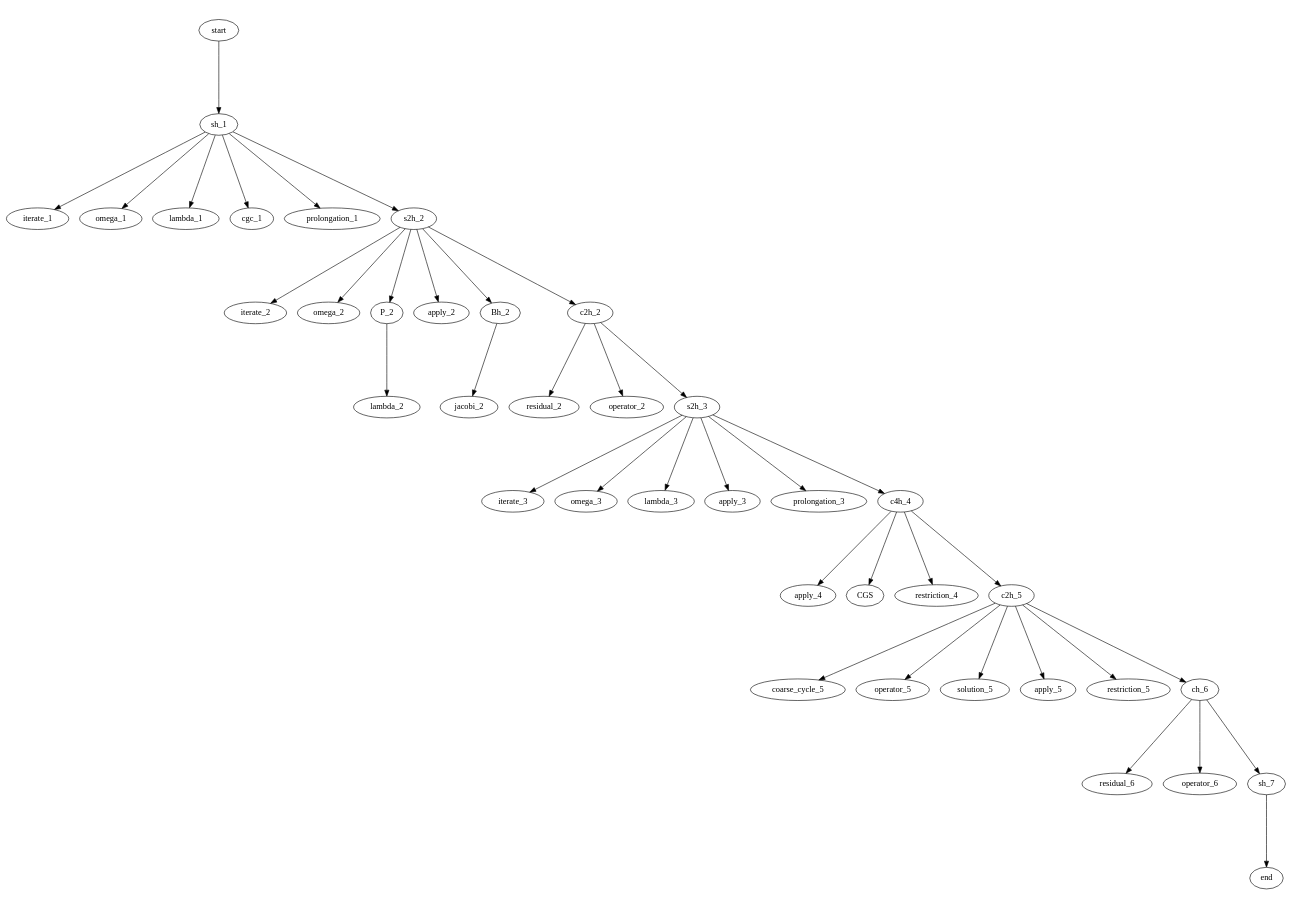
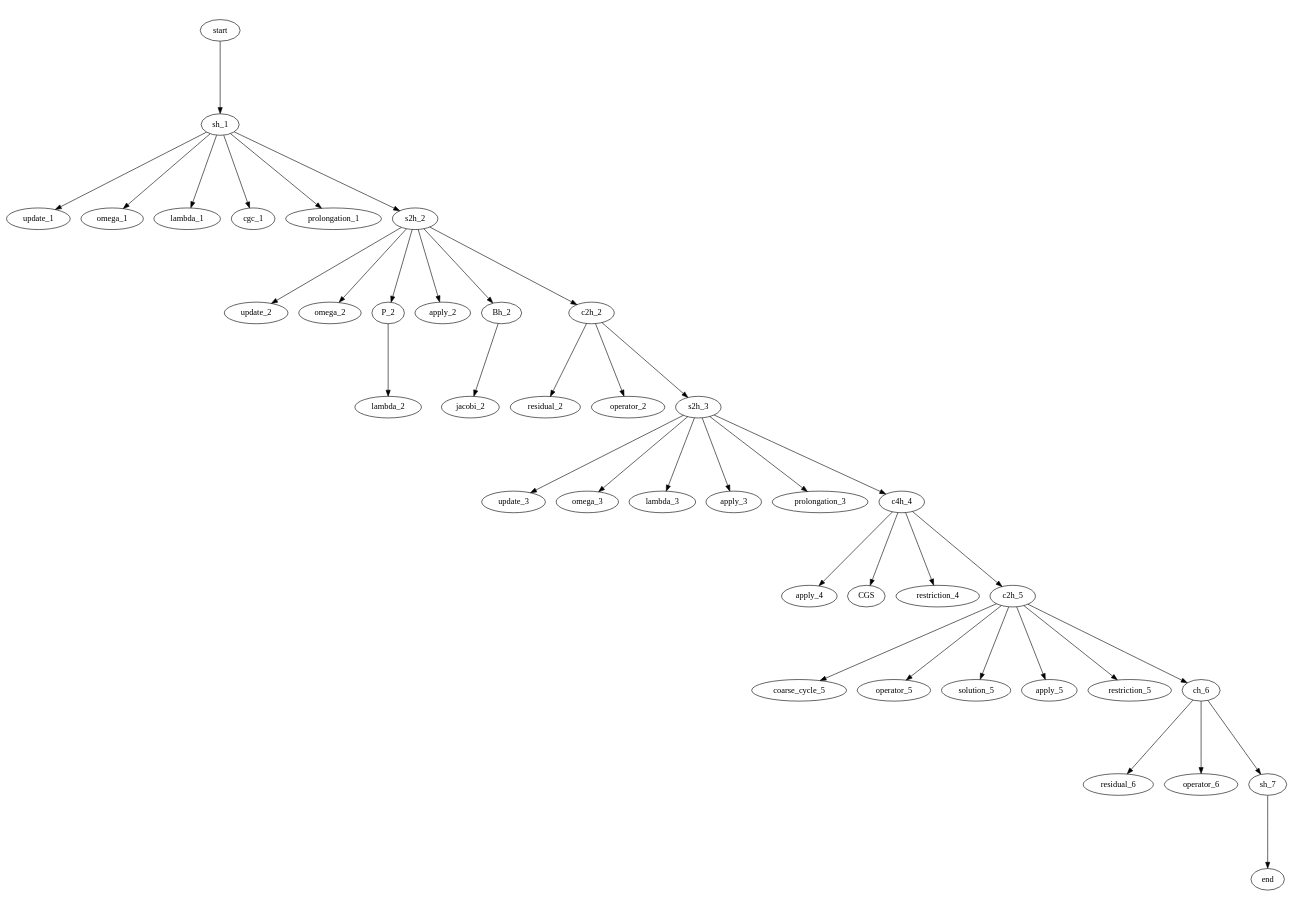
Before and after one commit to jonas-schmitt/thesis: the diagram in tree_generation_scripts/three_grid_method_grammar_tree.dot, drawn with Graphviz. The commit also changed 2 other files, not shown here.

```diff
--- a/tree_generation_scripts/three_grid_method_grammar_tree.dot
+++ b/tree_generation_scripts/three_grid_method_grammar_tree.dot
@@ -1,85 +1,85 @@
 digraph G {  
   ratio=0.7;
   ordering=in ;
   start [texlbl="$\langle S \rangle$"];
   start -> sh_1
   sh_1 [texlbl="$\langle s_h\rangle$"];
-  sh_1 -> iterate_1
+  sh_1 -> update_1
   sh_1 -> omega_1
   sh_1 -> lambda_1
   sh_1 -> cgc_1
   sh_1 -> prolongation_1
   sh_1 -> s2h_2
-  iterate_1 [texlbl="\textsc{iterate}"];
+  update_1 [texlbl="\textsc{update}"];
   omega_1 [texlbl="$1.0$"];
   lambda_1 [texlbl="$\lambda$"];
   cgc_1 [texlbl="\textsc{cgc}"];
   prolongation_1 [texlbl="$I_{2h}^h$"];
   s2h_2 [texlbl="$\langle s_{2h}\rangle$"];
-  s2h_2 -> iterate_2
-  iterate_2 [texlbl="\textsc{iterate}"];
+  s2h_2 -> update_2
+  update_2 [texlbl="\textsc{update}"];
   s2h_2 -> omega_2
   omega_2 [texlbl="$0.6$"];
   s2h_2 -> P_2
   P_2 [texlbl="$\langle \mathcal P \rangle$"];
   P_2 -> lambda_2
   lambda_2 [texlbl="$\lambda$"];
   s2h_2 -> apply_2
   apply_2 [texlbl="\textsc{apply}"];
   s2h_2 -> Bh_2
   Bh_2 [texlbl="$\langle B_{2h} \rangle$"];
   Bh_2 -> jacobi_2
   jacobi_2 [texlbl="$D_{2h}^{-1}$"];
   s2h_2 -> c2h_2
 
   c2h_2 [texlbl="$\langle c_{2h} \rangle$"];
   c2h_2 -> residual_2
   residual_2 [texlbl="\textsc{residual}"];
   c2h_2 -> operator_2
   operator_2 [texlbl="$A_{2h}$"];
   c2h_2 -> s2h_3
   s2h_3 [texlbl="$\langle s_{2h}\rangle$"]; 
-  s2h_3 -> iterate_3
-  iterate_3 [texlbl="\textsc{iterate}"];
+  s2h_3 -> update_3
+  update_3 [texlbl="\textsc{update}"];
   s2h_3 -> omega_3
   omega_3 [texlbl="$1.0$"];
   s2h_3 -> lambda_3
   lambda_3 [texlbl="$\lambda$"];
   s2h_3 -> apply_3
   apply_3 [texlbl="\textsc{apply}"];
   s2h_3 -> prolongation_3
   prolongation_3 [texlbl="$I_{4h}^{2h}$"];
   s2h_3 -> c4h_4
   c4h_4 [texlbl="$\langle c_{4h} \rangle$"];
   apply_4 [texlbl="\textsc{apply}"];
   c4h_4 -> CGS
   CGS [texlbl="$A_{4h}^{-1}$"];
   c4h_4 -> apply_4
   apply_4 [texlbl="\textsc{apply}"];
   c4h_4 -> restriction_4
   restriction_4 [texlbl="$I_{2h}^{4h}$"];
   c4h_4 -> c2h_5
   c2h_5 [texlbl="$\langle c_{2h} \rangle$"];
   c2h_5 -> coarse_cycle_5
-  coarse_cycle_5 [texlbl="\textsc{cge}"];
+  coarse_cycle_5 [texlbl="\textsc{coarsening}"];
   c2h_5 -> operator_5
   operator_5 [texlbl="$A_{2h}$"];
   c2h_5 -> solution_5
   solution_5 [texlbl="$x^0_{2h}$"];
   c2h_5 -> apply_5
   apply_5 [texlbl="\textsc{apply}"];
   c2h_5 -> restriction_5
   restriction_5 [texlbl="$I_{h}^{2h}$"];
   c2h_5 -> ch_6
   ch_6 [texlbl="$\langle c_{h} \rangle$"];
   ch_6 -> residual_6
   residual_6 [texlbl="\textsc{residual}"];
   ch_6 -> operator_6
   operator_6 [texlbl="$A_{h}$"];
   ch_6 -> sh_7
   sh_7 [texlbl="$\langle s_{h} \rangle$"];
   sh_7 -> end
   
   
   end [texlbl="$(x_h^0, b_h, \lambda, \lambda)$"];
 }
```
